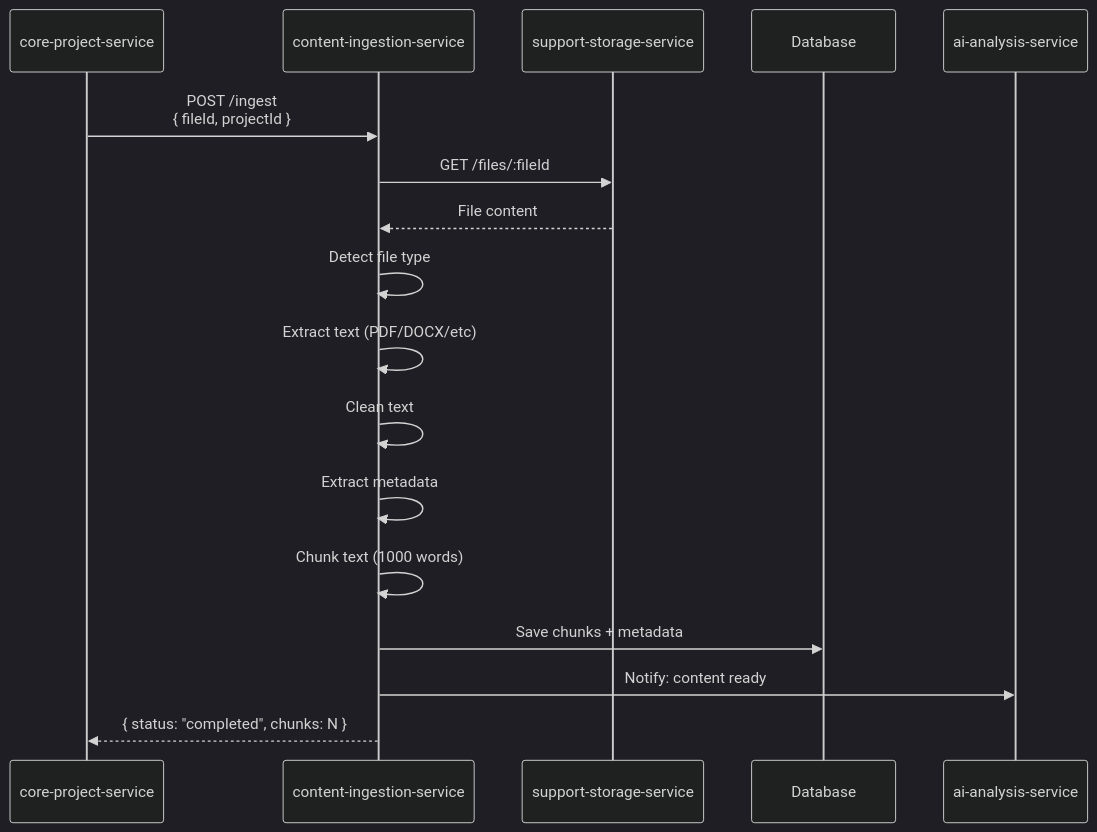
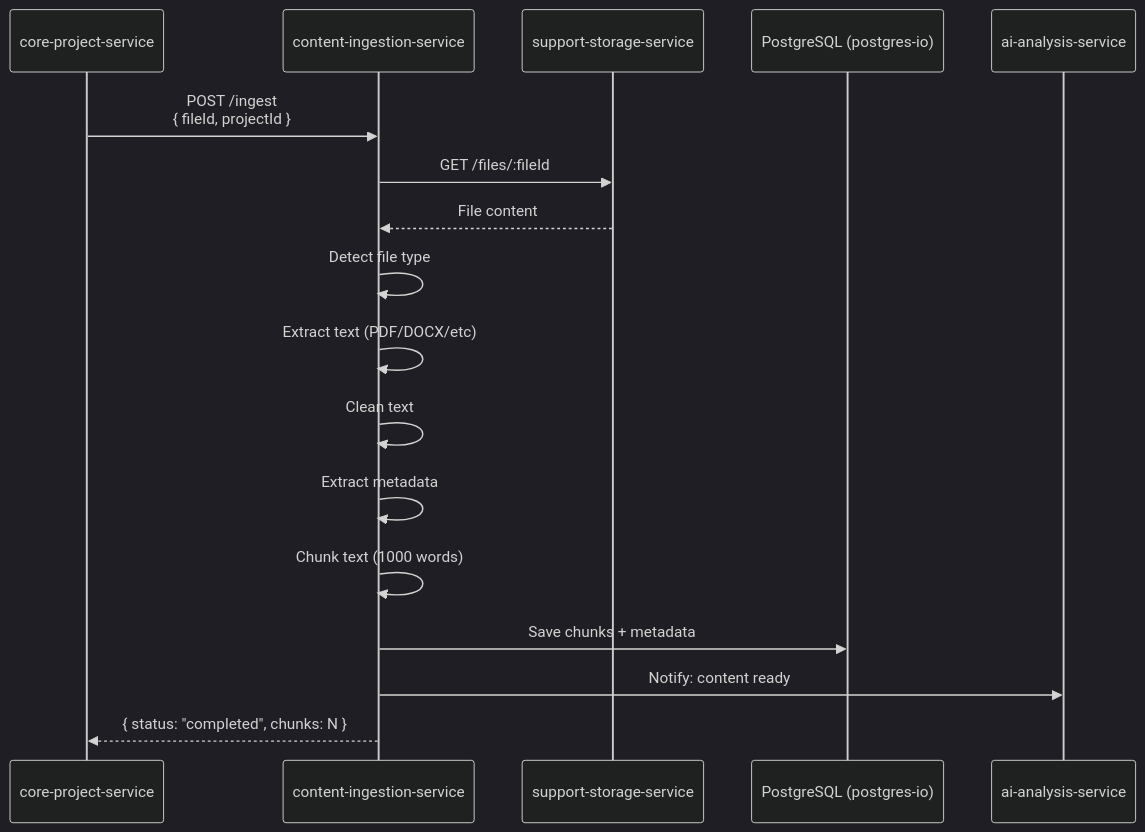
The fourth of 4 diagrams in microservices/content-ingestion-service.md (VisioBook-ESP/docs-architecture), drawn with Mermaid (dark theme) before and after one commit. The commit also changed other lines of this file and 15 other files, not shown here.

````diff
--- a/microservices/content-ingestion-service.md
+++ b/microservices/content-ingestion-service.md
@@ -170,25 +170,25 @@
 ```mermaid
 sequenceDiagram
     participant PS as core-project-service
     participant ING as content-ingestion-service
     participant SS as support-storage-service
-    participant DB as Database
+    participant PG as PostgreSQL (postgres-io)
     participant AI as ai-analysis-service
 
     PS->>ING: POST /ingest<br/>{ fileId, projectId }
 
     ING->>SS: GET /files/:fileId
     SS-->>ING: File content
 
     ING->>ING: Detect file type
     ING->>ING: Extract text (PDF/DOCX/etc)
     ING->>ING: Clean text
     ING->>ING: Extract metadata
 
     ING->>ING: Chunk text (1000 words)
 
-    ING->>DB: Save chunks + metadata
+    ING->>PG: Save chunks + metadata
     ING->>AI: Notify: content ready
 
     ING-->>PS: { status: "completed", chunks: N }
 ```
````
